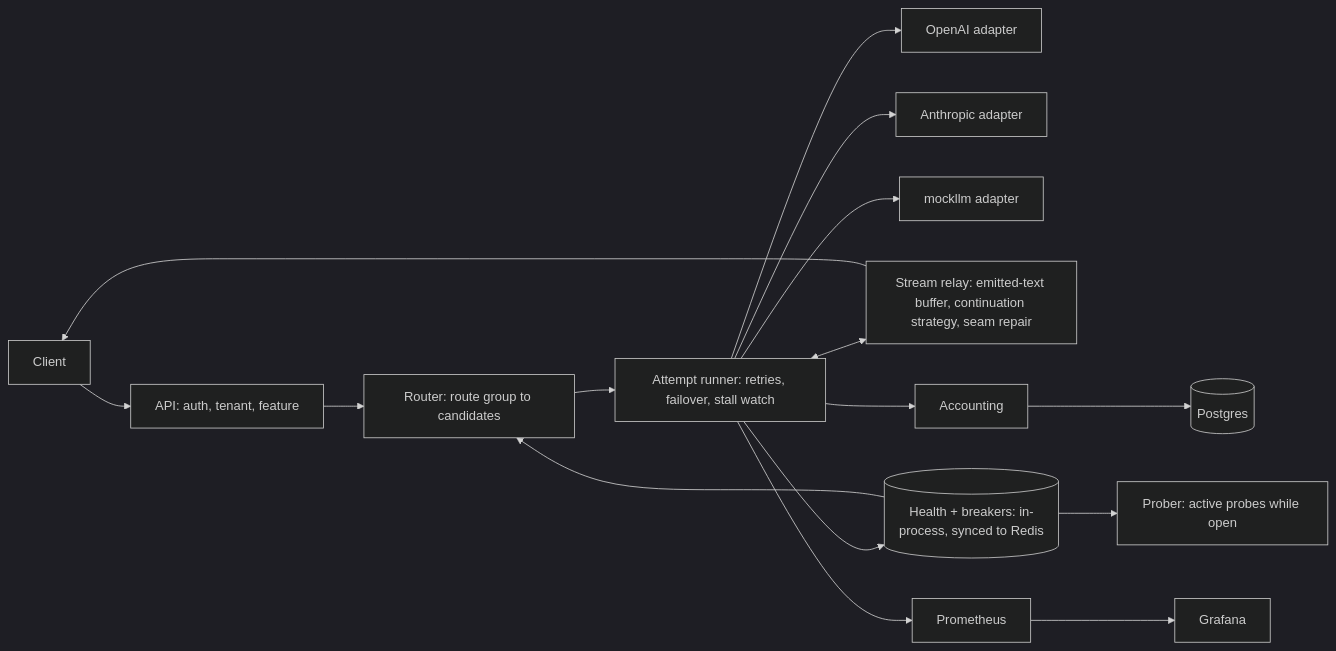
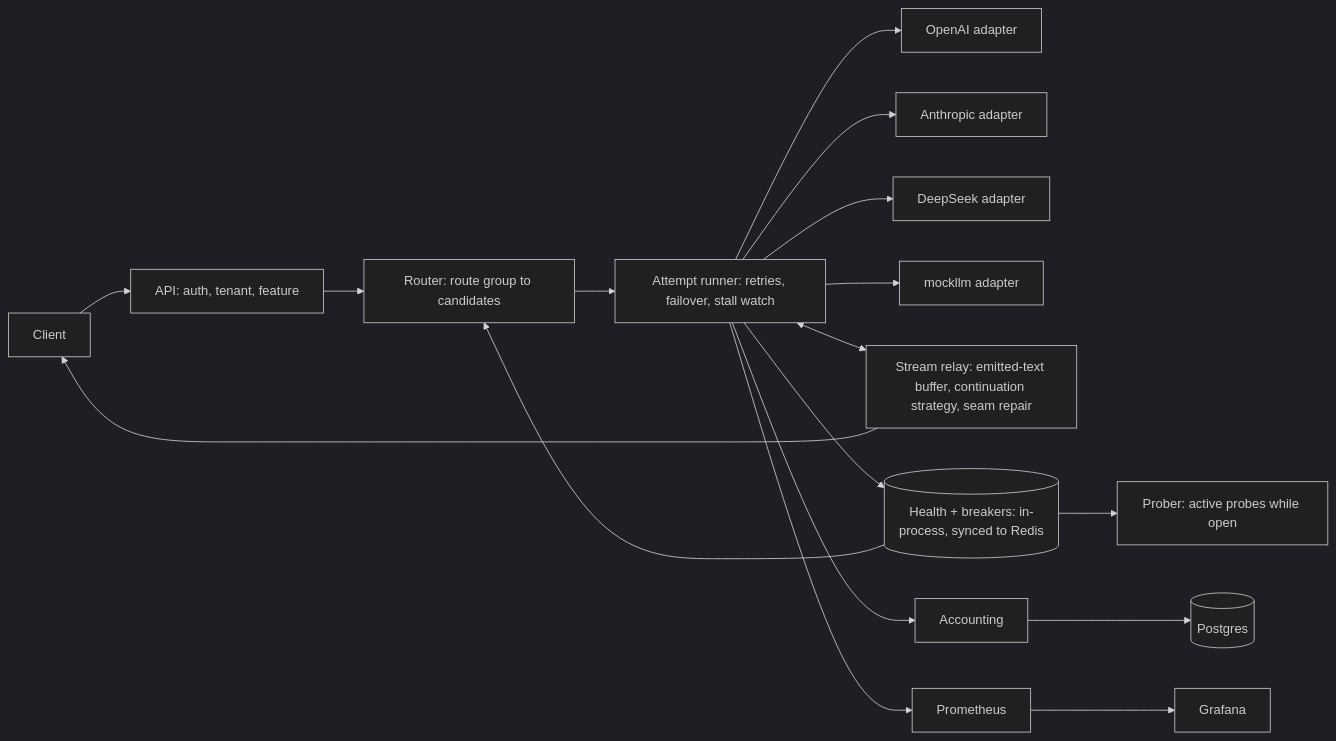
The first of 2 diagrams in SPEC.md (Zhan017/switchyard), drawn with Mermaid (dark theme) before and after one commit. The commit also changed other lines of this file, not shown here.

First line of the commit message:
docs: add DeepSeek to the spec

````diff
--- a/SPEC.md
+++ b/SPEC.md
@@ -111,16 +111,17 @@
 ```mermaid
 flowchart LR
   C[Client] --> A[API: auth, tenant, feature]
   A --> R[Router: route group to candidates]
   R --> X[Attempt runner: retries, failover, stall watch]
   X --> P1[OpenAI adapter]
   X --> P2[Anthropic adapter]
+  X --> P3[DeepSeek adapter]
   X --> P4[mockllm adapter]
   X <--> S[Stream relay: emitted-text buffer, continuation strategy, seam repair]
   S --> C
   X --> H[(Health + breakers: in-process, synced to Redis)]
   H --> R
   H --> PR[Prober: active probes while open]
   X --> K[Accounting] --> PG[(Postgres)]
   X --> M[Prometheus] --> G[Grafana]
 ```
````
